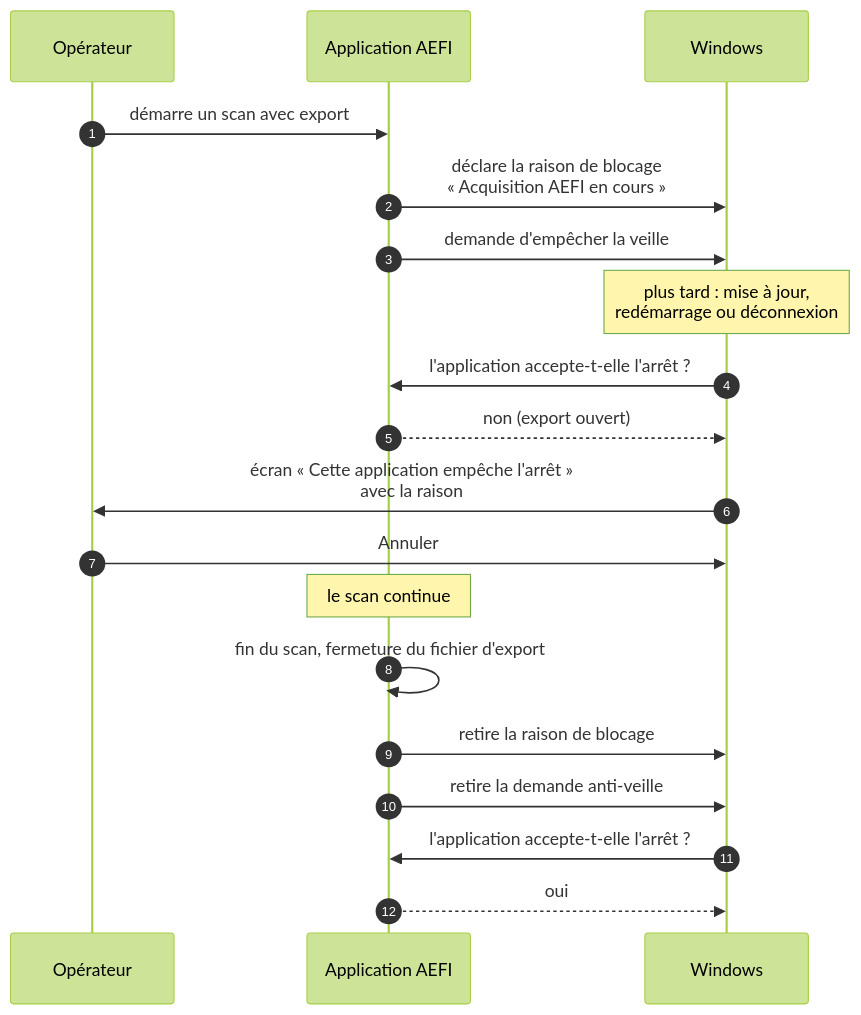
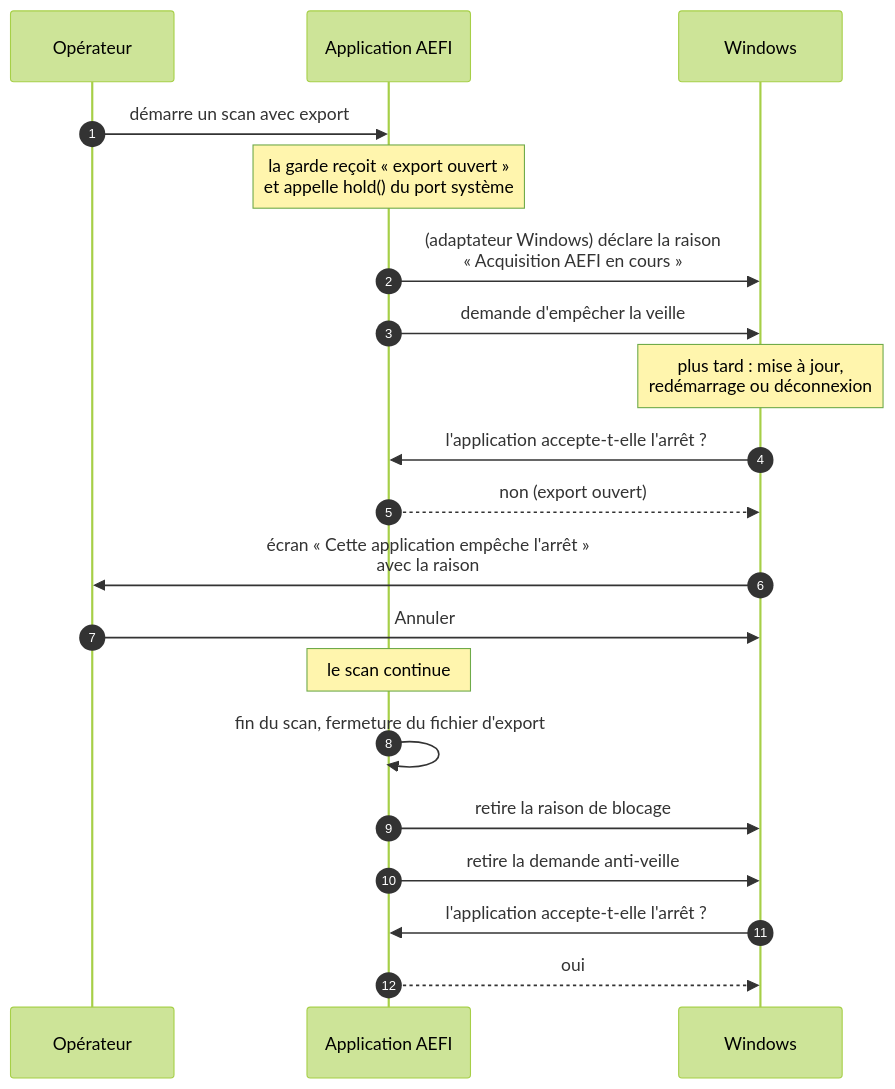
One commit to Luciosmic/AEFI_Acquisition changed the fifth of 10 diagrams in _system/ops/traces/verrou-de-fermeture-et-fenetres-detachees/plan - verrou de fermeture et fenetres detachees.md. Above: the diagram before and after it, drawn with Mermaid (forest theme). The commit also changed other lines of this file, not shown here.

Commit message:
docs(plan): verrou de fermeture indépendant du système — service de garde, port système avec adaptateurs Windows et neutre, adaptateur de l'action de l'opérateur

````diff
--- a/_system/ops/traces/verrou-de-fermeture-et-fenetres-detachees/plan - verrou de fermeture et fenetres detachees.md
+++ b/_system/ops/traces/verrou-de-fermeture-et-fenetres-detachees/plan - verrou de fermeture et fenetres detachees.md
@@ -118,21 +193,22 @@
 ```mermaid
 sequenceDiagram
     autonumber
     participant Op as Opérateur
     participant App as Application AEFI
     participant Win as Windows
     Op->>App: démarre un scan avec export
-    App->>Win: déclare la raison de blocage<br/>« Acquisition AEFI en cours »
+    Note over App: la garde reçoit « export ouvert »<br/>et appelle hold() du port système
+    App->>Win: (adaptateur Windows) déclare la raison<br/>« Acquisition AEFI en cours »
     App->>Win: demande d'empêcher la veille
     Note over Win: plus tard : mise à jour,<br/>redémarrage ou déconnexion
     Win->>App: l'application accepte-t-elle l'arrêt ?
     App-->>Win: non (export ouvert)
     Win->>Op: écran « Cette application empêche l'arrêt »<br/>avec la raison
     Op->>Win: Annuler
     Note over App: le scan continue
     App->>App: fin du scan, fermeture du fichier d'export
     App->>Win: retire la raison de blocage
     App->>Win: retire la demande anti-veille
     Win->>App: l'application accepte-t-elle l'arrêt ?
     App-->>Win: oui
 ```
````
